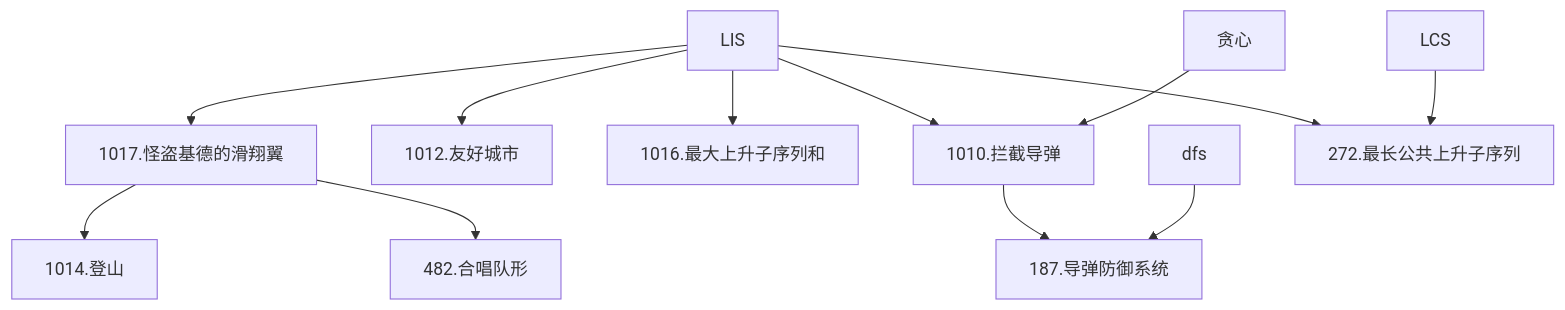
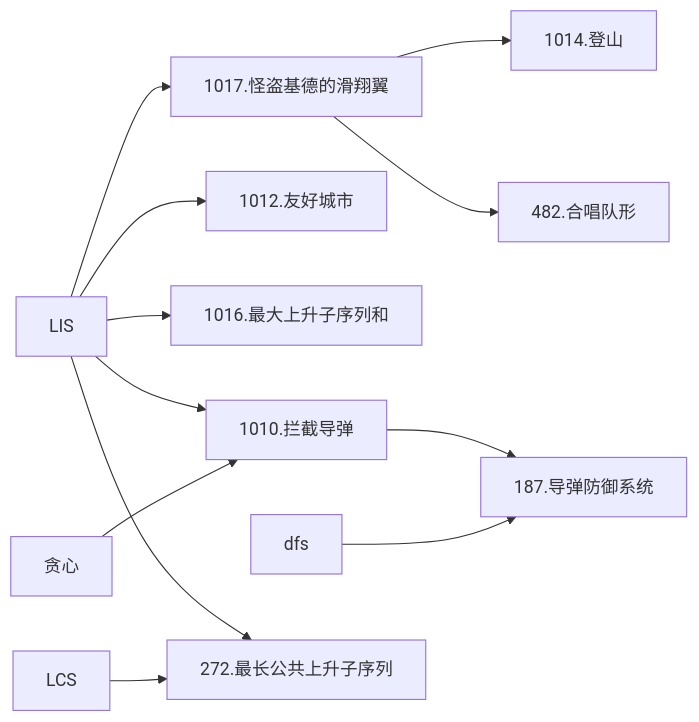
One commit to cuberxl/Coders-Note changed the diagram in 6*-动态规划进阶/6*.2-最长上升子序列模型（LIS）.md. Above: the diagram before and after it, drawn with Mermaid. The commit also changed other lines of this file, not shown here.

````diff
--- a/6*-动态规划进阶/6*.2-最长上升子序列模型（LIS）.md
+++ b/6*-动态规划进阶/6*.2-最长上升子序列模型（LIS）.md
@@ -5,14 +5,14 @@
 ```mermaid
-graph TD
+graph LR
 A[LIS]-->B[1017.怪盗基德的滑翔翼]
 B-->C[1014.登山]
 B-->D[482.合唱队形]
 A-->E[1012.友好城市]
 A-->F[1016.最大上升子序列和]
 A-->G[1010.拦截导弹]
 H[贪心]-->G
 G-->I[187.导弹防御系统]
 J[dfs]-->I
 A-->K[272.最长公共上升子序列]
 L[LCS]-->K
 ```
````
